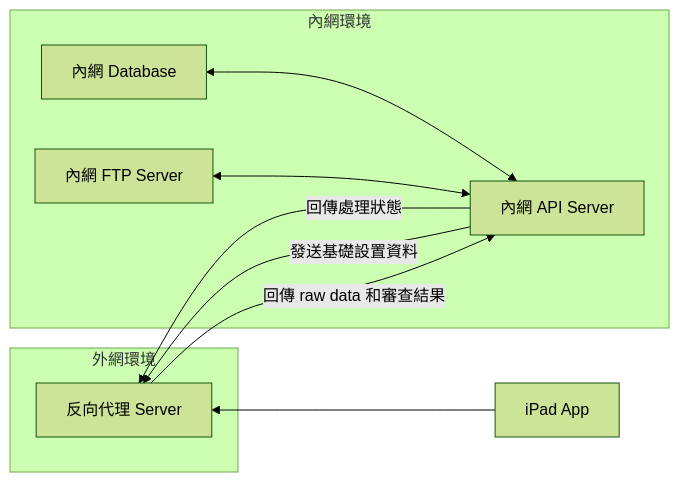
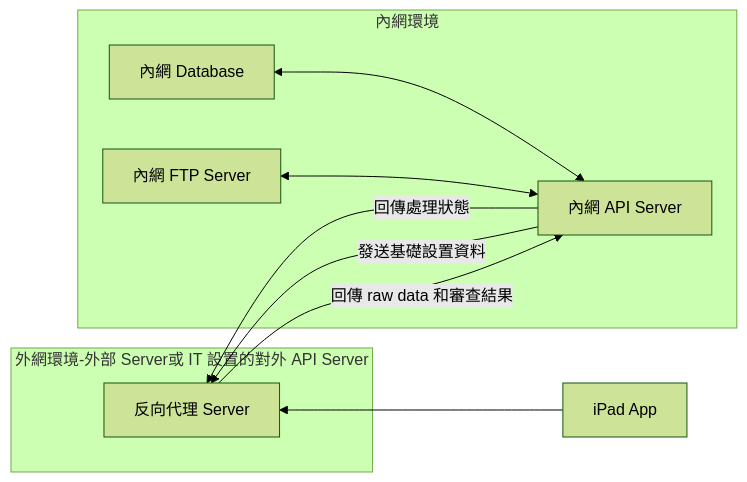
One commit to sakiman/IP68 changed the second of 3 diagrams in README.md. Above: the diagram before and after it, drawn with Mermaid (forest theme). The commit also changed other lines of this file, not shown here.

````diff
--- a/README.md
+++ b/README.md
@@ -53,16 +53,16 @@
 ```mermaid
 graph RL
     subgraph 內網環境
         A[內網 API Server] <--> B[內網 Database]
         A <--> C[內網 FTP Server]
     end
     
-    subgraph 外網環境
+    subgraph 外網環境-外部 Server或 IT 設置的對外 API Server
         E[反向代理 Server]
     end
     
     D[iPad App] --> E
     E -- 回傳 raw data 和審查結果 --> A
     A -- 回傳處理狀態 --> E
     A -- 發送基礎設置資料 --> E
 ```
````
